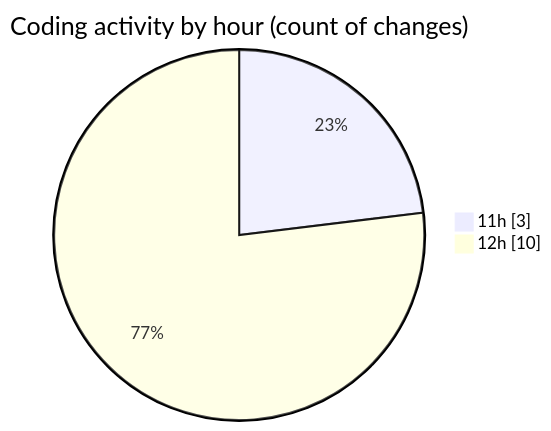
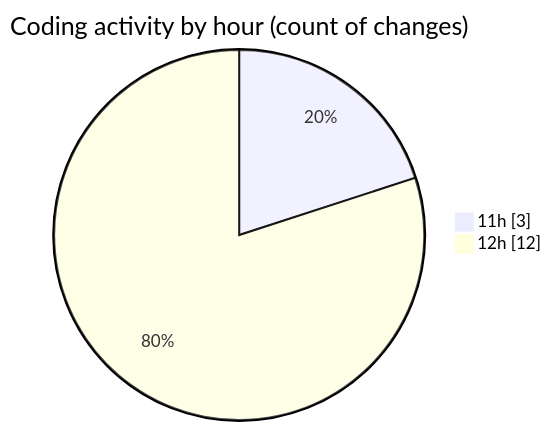
One commit to BS-eng2023/code-tracking changed the second of 2 diagrams in 2025-03-21/javascript/README.md. Above: the diagram before and after it, drawn with Mermaid. The commit also changed other lines of this file and 1 other file, not shown here.

````diff
--- a/2025-03-21/javascript/README.md
+++ b/2025-03-21/javascript/README.md
@@ -33,6 +33,6 @@
 ```mermaid
 pie showData
 title Coding activity by hour (count of changes)
 "11h" : 3
-"12h" : 10
+"12h" : 12
 ```
````
